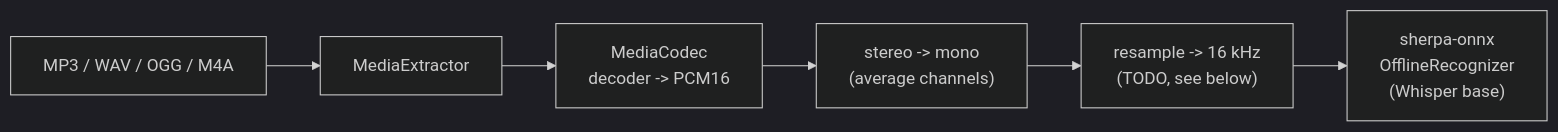
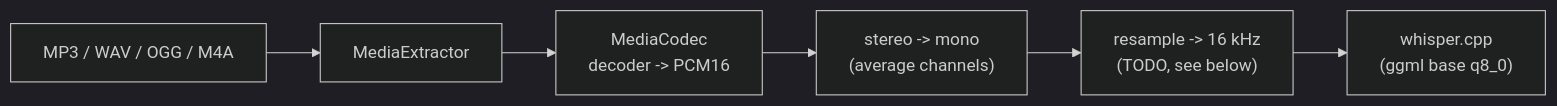
Before and after one commit to Franck-Sorel/voice-to-pdf: the second of 2 diagrams in docs/ARCHITECTURE.md, drawn with Mermaid (dark theme). The commit also changed other lines of this file and 7 other files, not shown here.

First line of the commit message:
docs: reverse sherpa-onnx to whisper.cpp across PRD/ARCH/NFR/ROADMAP/SETUP/README

````diff
--- a/docs/ARCHITECTURE.md
+++ b/docs/ARCHITECTURE.md
@@ -99,8 +99,8 @@
 ```mermaid
 flowchart LR
     SRC["MP3 / WAV / OGG / M4A"] --> EXT["MediaExtractor"]
     EXT --> MC["MediaCodec\ndecoder -> PCM16"]
     MC --> MIX["stereo -> mono\n(average channels)"]
     MIX --> RES["resample -> 16 kHz\n(TODO, see below)"]
-    RES --> W["sherpa-onnx\nOfflineRecognizer\n(Whisper base)"]
+    RES --> W["whisper.cpp\n(ggml base q8_0)"]
 ```
````
